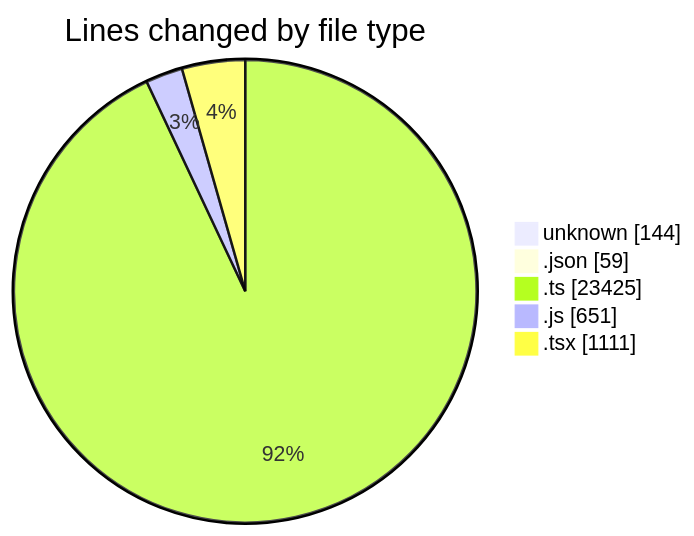
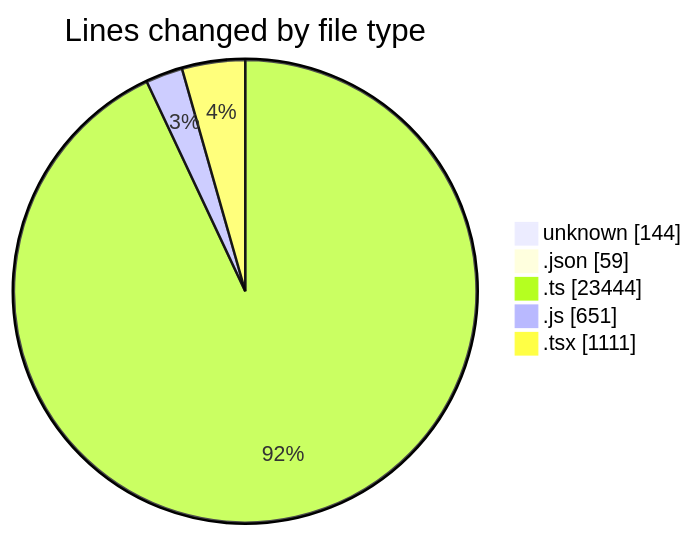
Before and after one commit to momahboobian/code-tracking: the first of 2 diagrams in 2025-11-13/cda/README.md, drawn with Mermaid. The commit also changed other lines of this file and 1 other file, not shown here.

````diff
--- a/2025-11-13/cda/README.md
+++ b/2025-11-13/cda/README.md
@@ -31,9 +31,9 @@
 ```mermaid
 pie showData
 title Lines changed by file type
 "unknown" : 144
 ".json" : 59
-".ts" : 23425
+".ts" : 23444
 ".js" : 651
 ".tsx" : 1111
 ```
````
